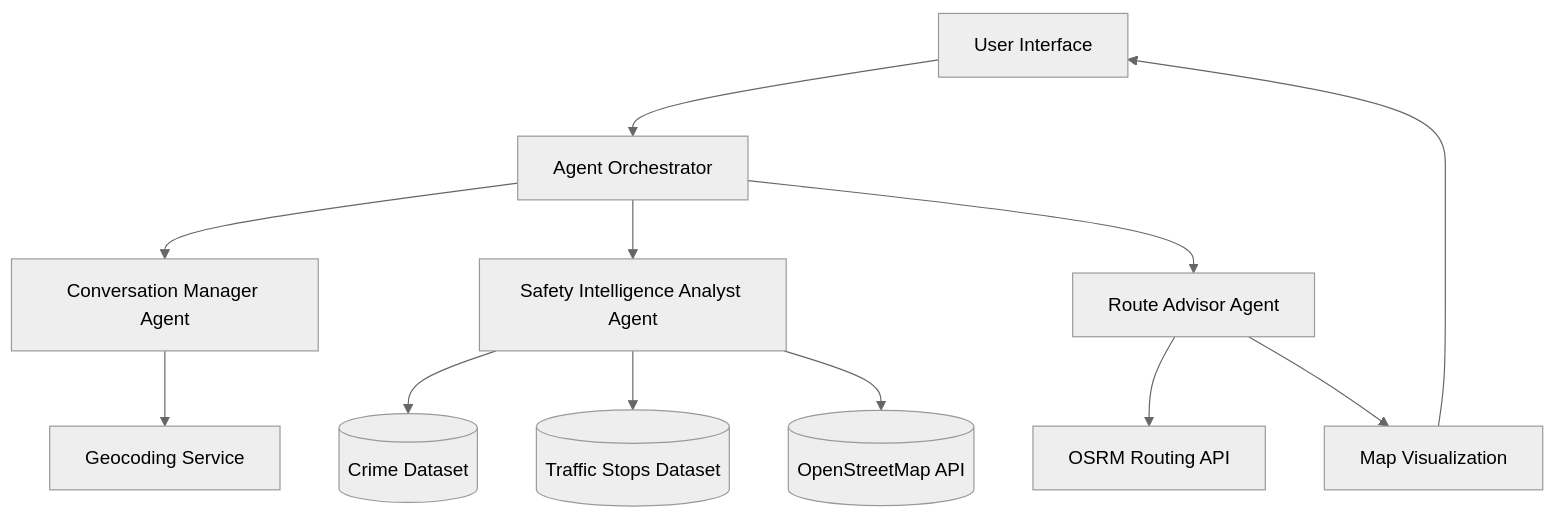
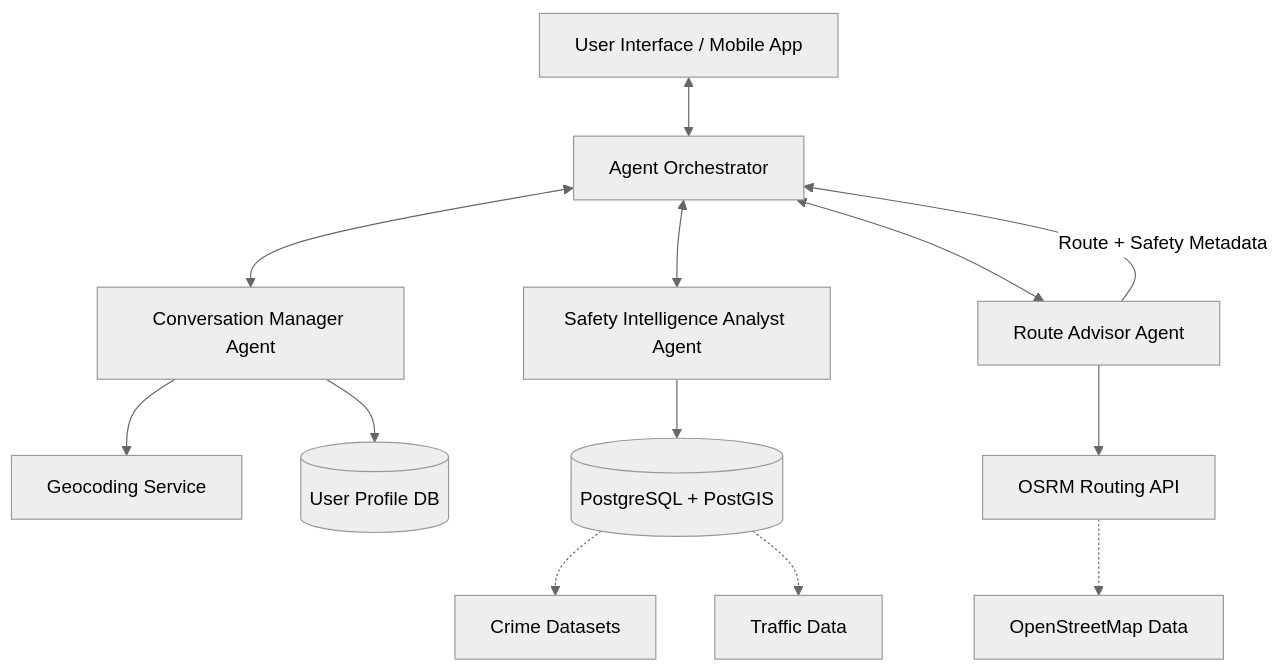
The first of 3 diagrams in design.md (srikar0805/studentsafety-companion), drawn with Mermaid (neutral theme) before and after one commit.

Commit message:
Revise system components diagram in design.md

````diff
--- a/design.md
+++ b/design.md
@@ -17,16 +17,30 @@
 ```mermaid
 graph TB
-    User[User Interface] --> Orchestrator[Agent Orchestrator]
-    Orchestrator --> CM[Conversation Manager Agent]
-    Orchestrator --> SIA[Safety Intelligence Analyst Agent]
-    Orchestrator --> RA[Route Advisor Agent]
+    %% Frontend Layer
+    User[User Interface / Mobile App] <--> Orchestrator[Agent Orchestrator]
+
+    %% Agent Layer
+    Orchestrator <--> CM[Conversation Manager Agent]
+    Orchestrator <--> SIA[Safety Intelligence Analyst Agent]
+    Orchestrator <--> RA[Route Advisor Agent]
     
+    %% Conversation Tools
     CM --> Geocoder[Geocoding Service]
-    SIA --> CrimeDB[(Crime Dataset)]
-    SIA --> TrafficDB[(Traffic Stops Dataset)]
-    SIA --> OSM[(OpenStreetMap API)]
+    CM --> UserDB[(User Profile DB)]
+    
+    %% Safety Analysis Tools (The SQL Layer)
+    SIA --> PostGIS[(PostgreSQL + PostGIS)]
+    
+    %% Note: PostGIS contains the Crime, Traffic, and Infrastructure Tables
+    
+    %% Routing Tools
     RA --> OSRM[OSRM Routing API]
     
-    RA --> MapUI[Map Visualization]
-    MapUI --> User
+    %% External Data Sources (Ingested by DB/OSRM)
+    PostGIS -.-> CrimeSrc[Crime Datasets]
+    PostGIS -.-> TrafficSrc[Traffic Data]
+    OSRM -.-> OSM[OpenStreetMap Data]
+
+    %% Feedback Loop
+    RA -- "Route + Safety Metadata" --> Orchestrator
 ```
````
